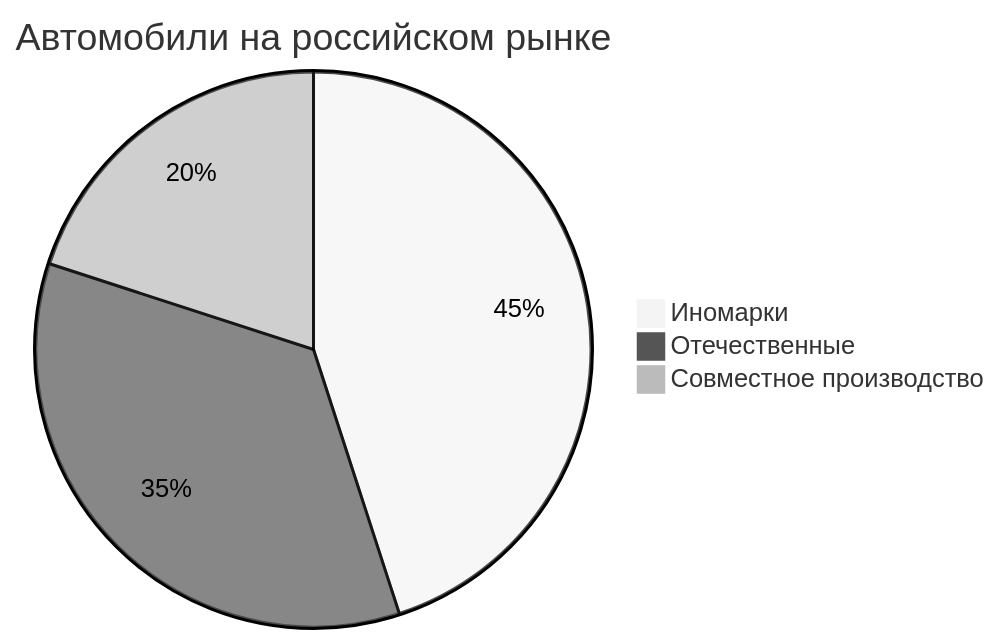
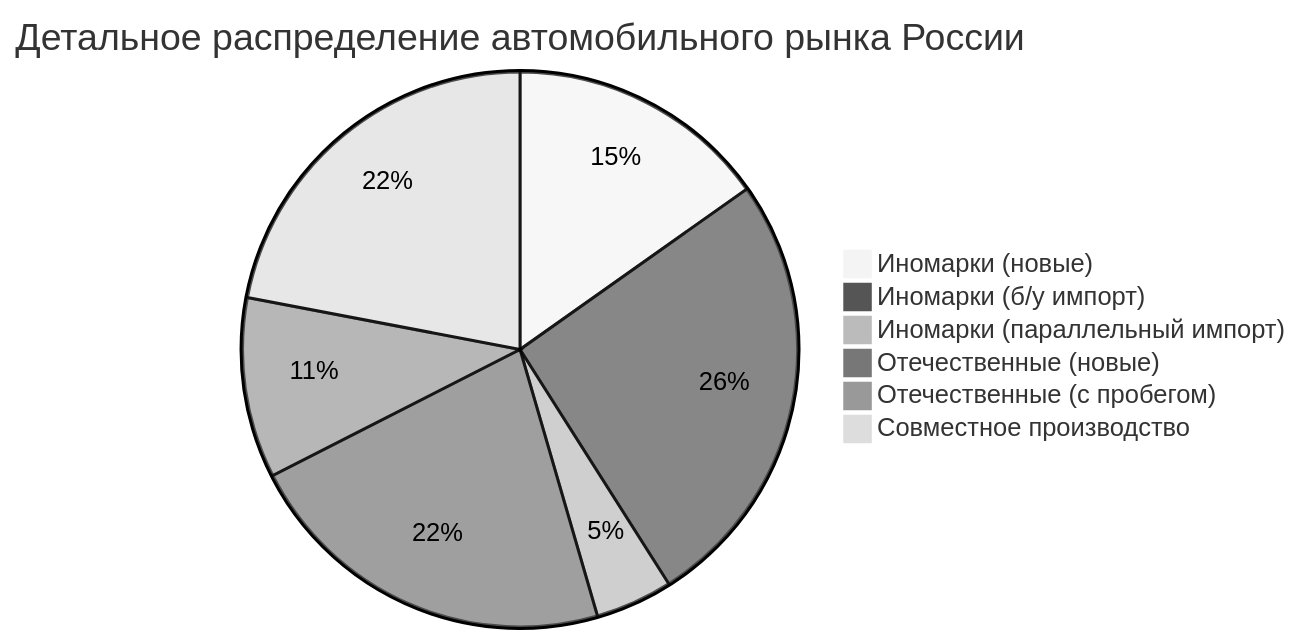
Diagram 11 of 11 in README.md (Evgeny65ok/mermaid-diagrams), drawn with Mermaid (neutral theme) before and after one commit. The commit also changed other lines of this file, not shown here.

Commit message:
Обновил диаграммы

````diff
--- a/README.md
+++ b/README.md
@@ -211,6 +368,9 @@
 ```mermaid
-pie title Автомобили на российском рынке
-    "Иномарки" : 45
-    "Отечественные" : 35
-    "Совместное производство" : 20
+pie title Детальное распределение автомобильного рынка России
+    "Иномарки (новые)" : 15.2
+    "Иномарки (б/у импорт)" : 25.8
+    "Иномарки (параллельный импорт)" : 4.5
+    "Отечественные (новые)" : 22.0
+    "Отечественные (с пробегом)" : 10.5
+    "Совместное производство" : 22.0
 ```
````
